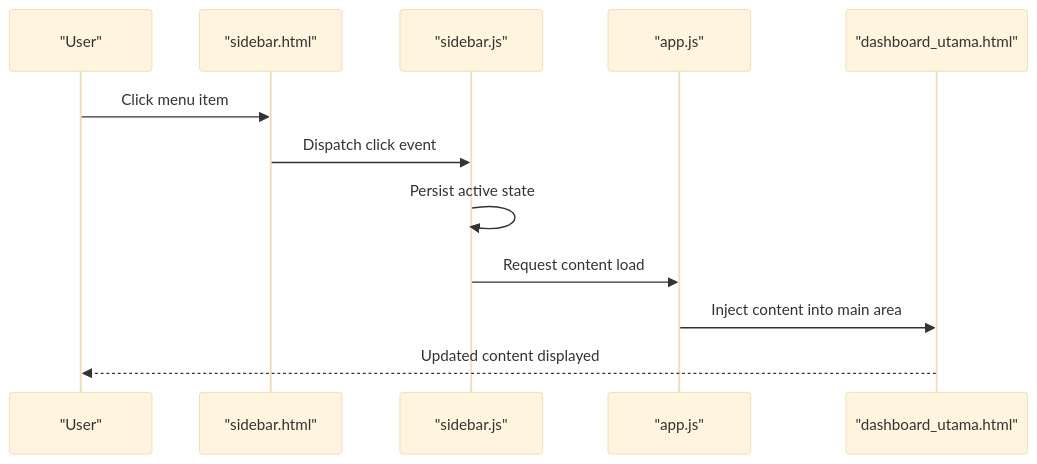
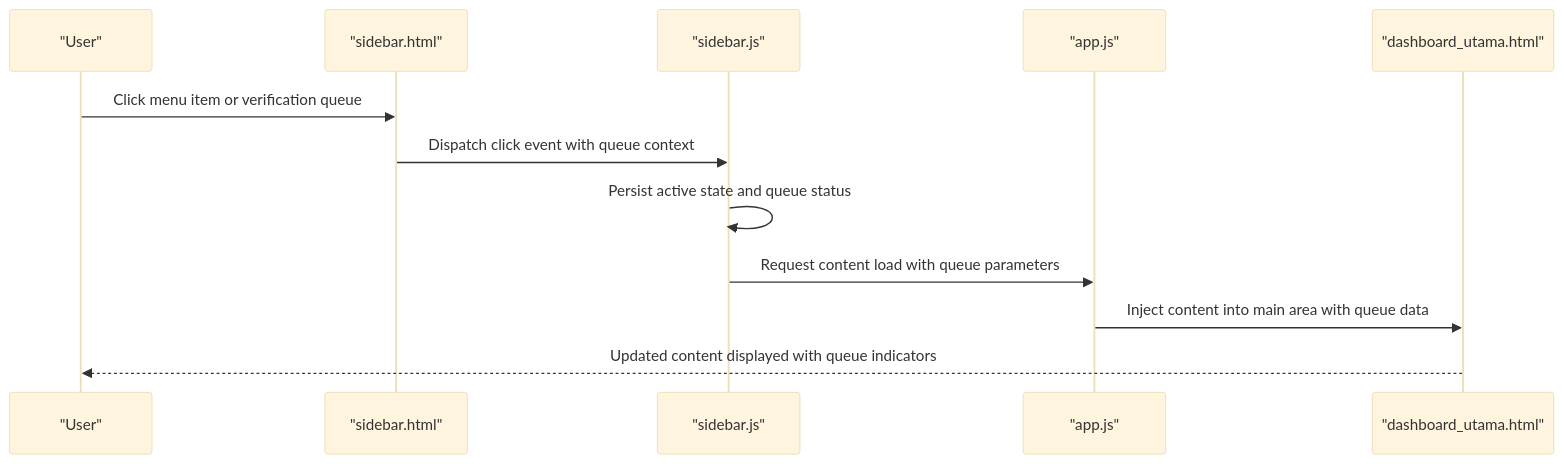
One commit to rendisiagian/TDS_by_RENDISIAGIAN changed the third of 7 diagrams in .qoder/repowiki/en/content/User Interface & Experience/Dashboard & Navigation.md. Above: the diagram before and after it, drawn with Mermaid (base theme). The commit also changed other lines of this file and 91 other files, not shown here.

````diff
--- a/.qoder/repowiki/en/content/User Interface & Experience/Dashboard & Navigation.md
+++ b/.qoder/repowiki/en/content/User Interface & Experience/Dashboard & Navigation.md
@@ -217,14 +245,14 @@
 ```mermaid
 sequenceDiagram
 participant U as "User"
 participant SB as "sidebar.html"
 participant BJ as "sidebar.js"
 participant AP as "app.js"
 participant DU as "dashboard_utama.html"
-U->>SB : Click menu item
-SB->>BJ : Dispatch click event
-BJ->>BJ : Persist active state
-BJ->>AP : Request content load
-AP->>DU : Inject content into main area
-DU-->>U : Updated content displayed
+U->>SB : Click menu item or verification queue
+SB->>BJ : Dispatch click event with queue context
+BJ->>BJ : Persist active state and queue status
+BJ->>AP : Request content load with queue parameters
+AP->>DU : Inject content into main area with queue data
+DU-->>U : Updated content displayed with queue indicators
 ```
````
